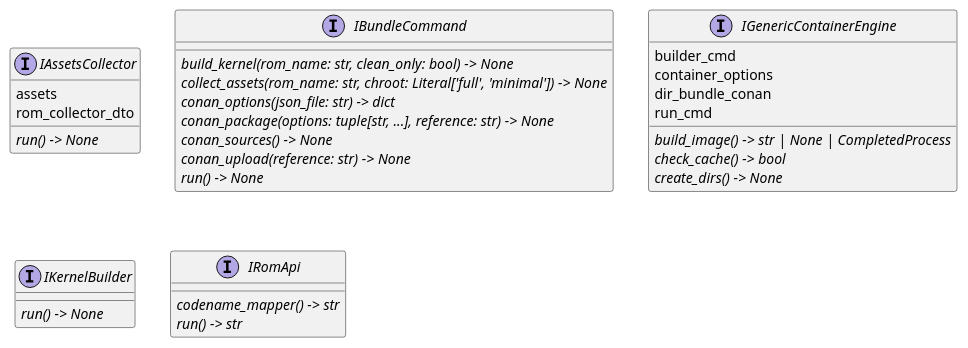
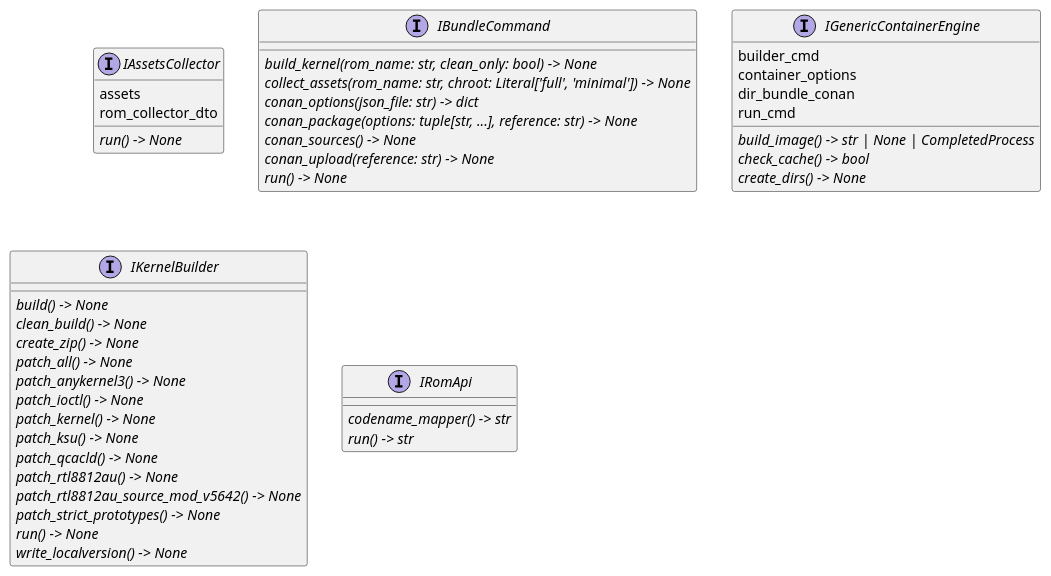
Before and after one commit to seppzer0/zero_kernel: the diagram in docs/architecture/interfaces/classes.puml, drawn with PlantUML. The commit also changed 13 other files, not shown here.

```diff
--- a/docs/architecture/interfaces/classes.puml
+++ b/docs/architecture/interfaces/classes.puml
@@ -1,33 +1,46 @@
 @startuml classes
 set namespaceSeparator none
 interface "IAssetsCollector" as interfaces.modules.IAssetsCollector {
   assets
   rom_collector_dto
   {abstract}run() -> None
 }
 interface "IBundleCommand" as interfaces.commands.IBundleCommand {
   {abstract}build_kernel(rom_name: str, clean_only: bool) -> None
   {abstract}collect_assets(rom_name: str, chroot: Literal['full', 'minimal']) -> None
   {abstract}conan_options(json_file: str) -> dict
   {abstract}conan_package(options: tuple[str, ...], reference: str) -> None
   {abstract}conan_sources() -> None
   {abstract}conan_upload(reference: str) -> None
   {abstract}run() -> None
 }
 interface "IGenericContainerEngine" as interfaces.engines.IGenericContainerEngine {
   builder_cmd
   container_options
   dir_bundle_conan
   run_cmd
   {abstract}build_image() -> str | None | CompletedProcess
   {abstract}check_cache() -> bool
   {abstract}create_dirs() -> None
 }
 interface "IKernelBuilder" as interfaces.modules.IKernelBuilder {
+  {abstract}build() -> None
+  {abstract}clean_build() -> None
+  {abstract}create_zip() -> None
+  {abstract}patch_all() -> None
+  {abstract}patch_anykernel3() -> None
+  {abstract}patch_ioctl() -> None
+  {abstract}patch_kernel() -> None
+  {abstract}patch_ksu() -> None
+  {abstract}patch_qcacld() -> None
+  {abstract}patch_rtl8812au() -> None
+  {abstract}patch_rtl8812au_source_mod_v5642() -> None
+  {abstract}patch_strict_prototypes() -> None
   {abstract}run() -> None
+  {abstract}write_localversion() -> None
 }
 interface "IRomApi" as interfaces.clients.IRomApi {
   {abstract}codename_mapper() -> str
   {abstract}run() -> str
 }
 @enduml
```
